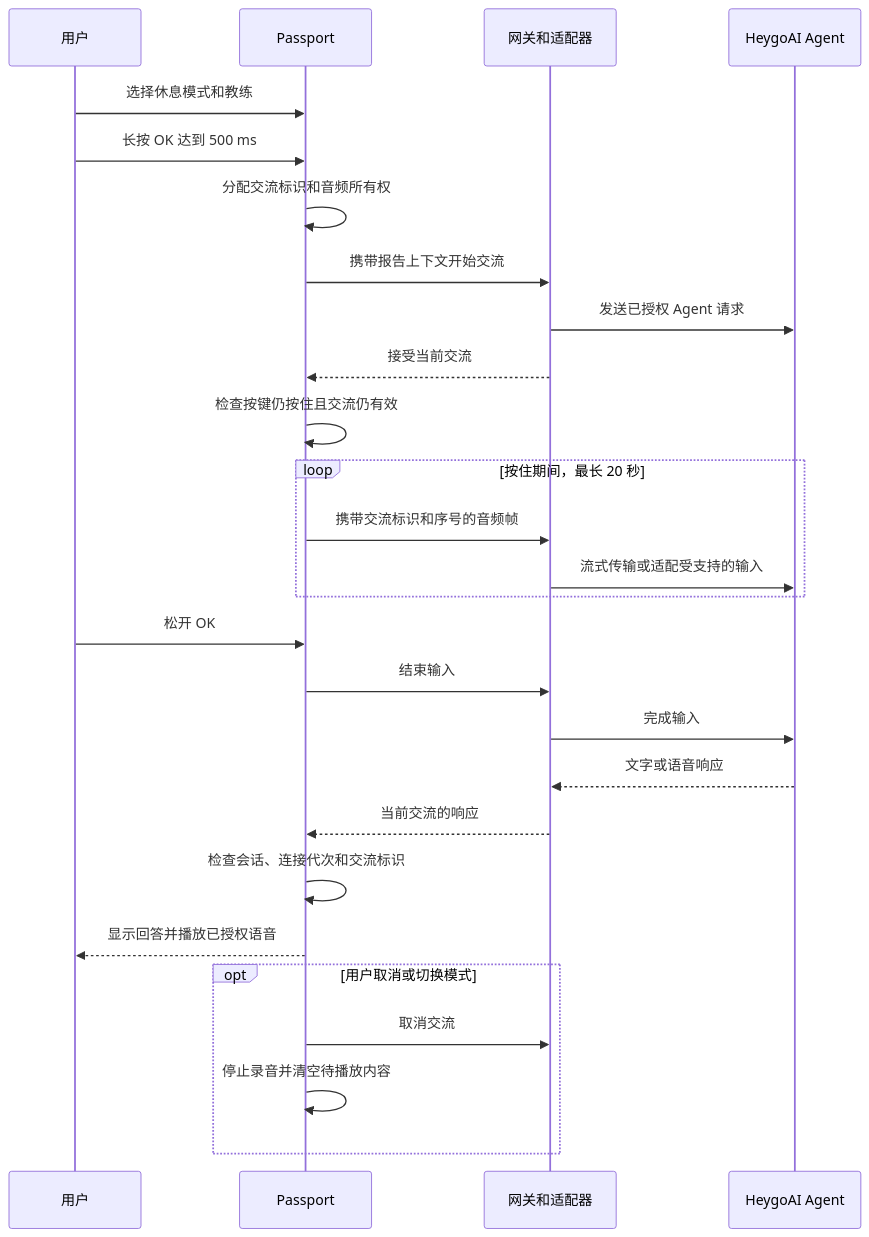
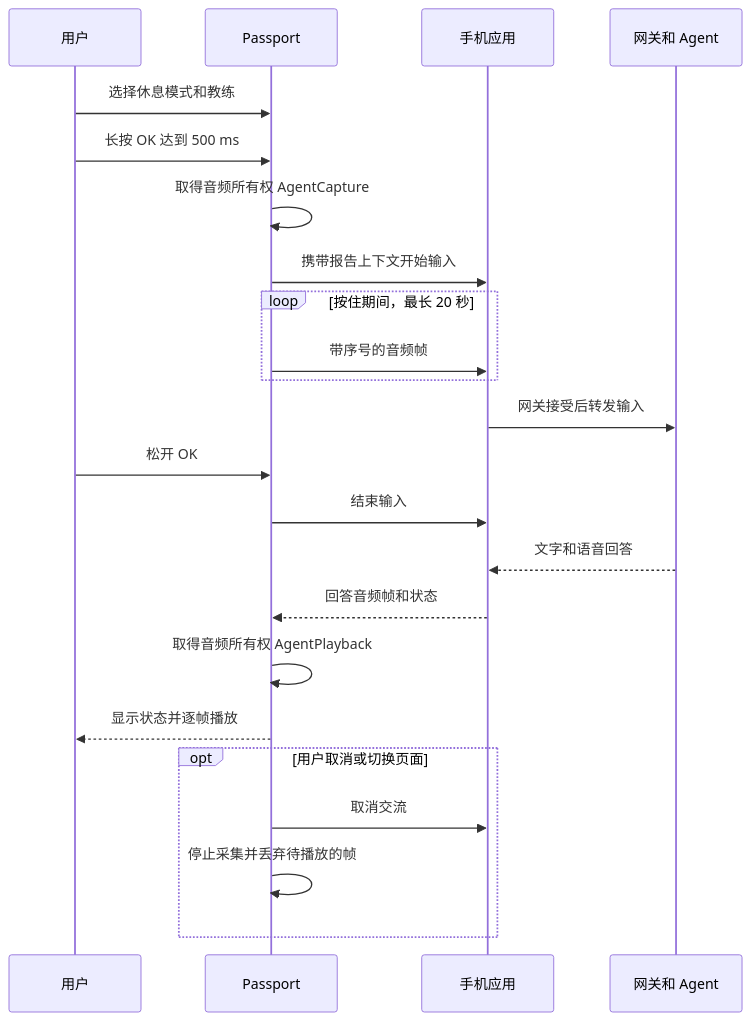
Before and after one commit to Azuresword/Heygo-AiPassport: the second of 3 diagrams in 需求文件夹/02-architecture.zh_CN.md, drawn with Mermaid. The commit also changed other lines of this file and 13 other files, not shown here.

````diff
--- a/需求文件夹/02-architecture.zh_CN.md
+++ b/需求文件夹/02-architecture.zh_CN.md
@@ -389,29 +404,25 @@
 ```mermaid
 sequenceDiagram
     participant U as 用户
     participant P as Passport
-    participant G as 网关和适配器
-    participant H as HeygoAI Agent
+    participant A as 手机应用
+    participant G as 网关和 Agent
     U->>P: 选择休息模式和教练
     U->>P: 长按 OK 达到 500 ms
-    P->>P: 分配交流标识和音频所有权
-    P->>G: 携带报告上下文开始交流
-    G->>H: 发送已授权 Agent 请求
-    G-->>P: 接受当前交流
-    P->>P: 检查按键仍按住且交流仍有效
+    P->>P: 取得音频所有权 AgentCapture
+    P->>A: 携带报告上下文开始输入
     loop 按住期间，最长 20 秒
-        P->>G: 携带交流标识和序号的音频帧
-        G->>H: 流式传输或适配受支持的输入
+        P->>A: 带序号的音频帧
     end
+    A->>G: 网关接受后转发输入
     U->>P: 松开 OK
-    P->>G: 结束输入
-    G->>H: 完成输入
-    H-->>G: 文字或语音响应
-    G-->>P: 当前交流的响应
-    P->>P: 检查会话、连接代次和交流标识
-    P-->>U: 显示回答并播放已授权语音
-    opt 用户取消或切换模式
-        P->>G: 取消交流
-        P->>P: 停止录音并清空待播放内容
+    P->>A: 结束输入
+    G-->>A: 文字和语音回答
+    A-->>P: 回答音频帧和状态
+    P->>P: 取得音频所有权 AgentPlayback
+    P-->>U: 显示状态并逐帧播放
+    opt 用户取消或切换页面
+        P->>A: 取消交流
+        P->>P: 停止采集并丢弃待播放的帧
     end
 ```
````
